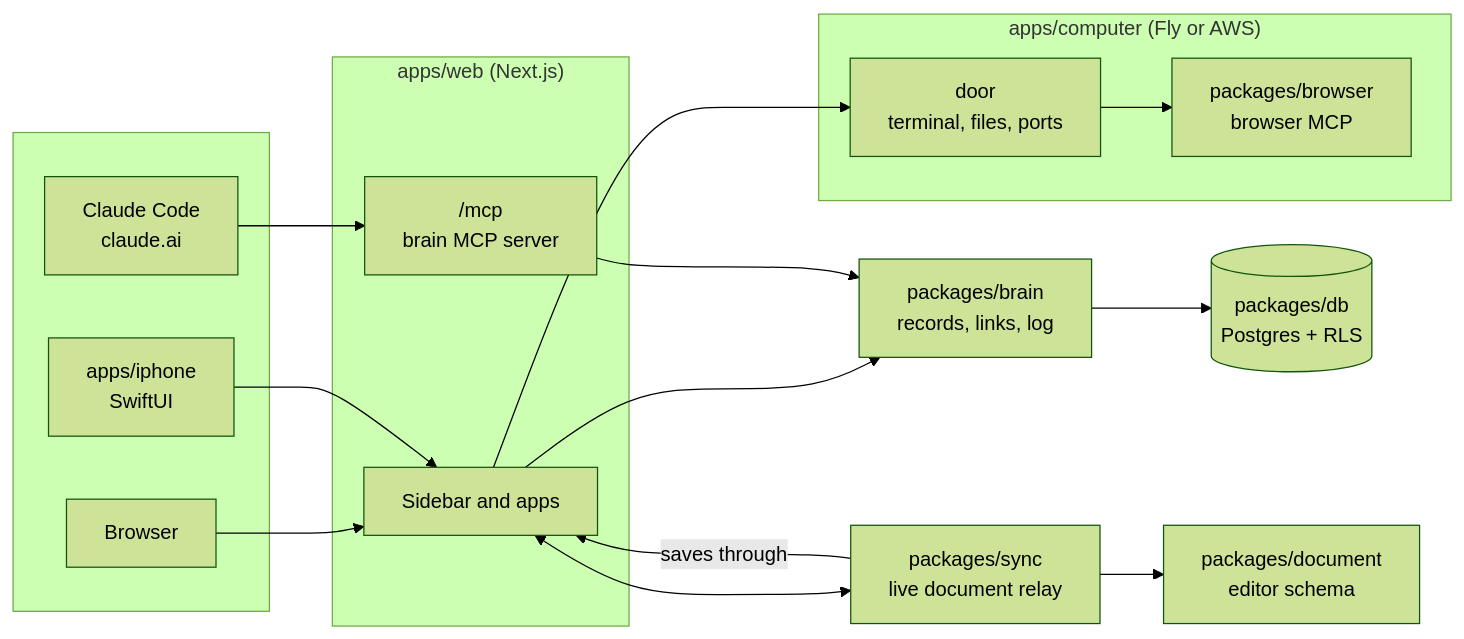
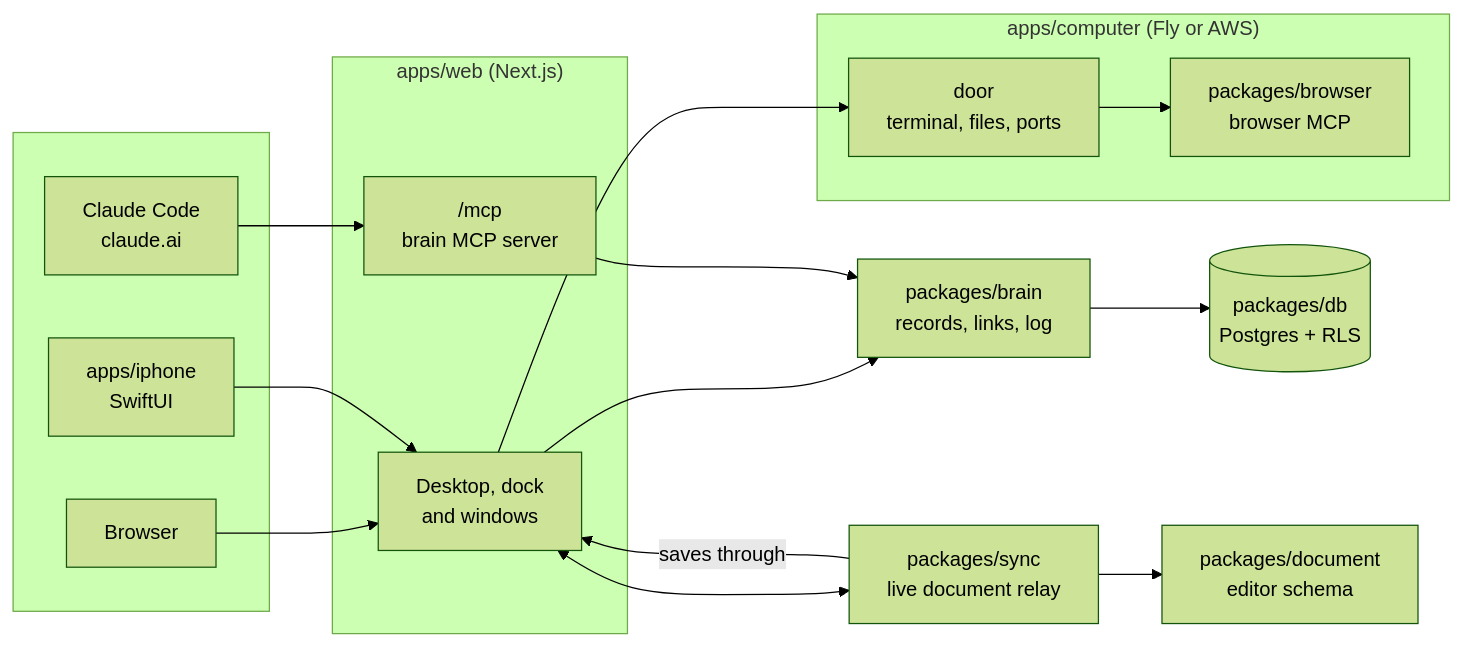
Before and after one commit to tanmaik/maslow-os: the diagram in README.md, drawn with Mermaid (forest theme). The commit also changed other lines of this file and 349 other files, not shown here.

````diff
--- a/README.md
+++ b/README.md
@@ -154,35 +203,35 @@
 ```mermaid
 flowchart LR
     subgraph clients[" "]
         web_ui["Browser"]
         phone["apps/iphone<br/>SwiftUI"]
         claude["Claude Code<br/>claude.ai"]
     end
 
     subgraph app["apps/web (Next.js)"]
-        ui["Sidebar and apps"]
+        ui["Desktop, dock<br/>and windows"]
         mcp["/mcp<br/>brain MCP server"]
     end
 
     brain["packages/brain<br/>records, links, log"]
     db[("packages/db<br/>Postgres + RLS")]
     sync["packages/sync<br/>live document relay"]
     doc["packages/document<br/>editor schema"]
 
     subgraph computer["apps/computer (Fly or AWS)"]
         door["door<br/>terminal, files, ports"]
         browser_mcp["packages/browser<br/>browser MCP"]
     end
 
     web_ui --> ui
     phone --> ui
     claude --> mcp
     ui --> brain
     mcp --> brain
     brain --> db
     ui <--> sync
     sync --> doc
     sync -->|saves through| ui
     ui --> door
     door --> browser_mcp
 ```
````
